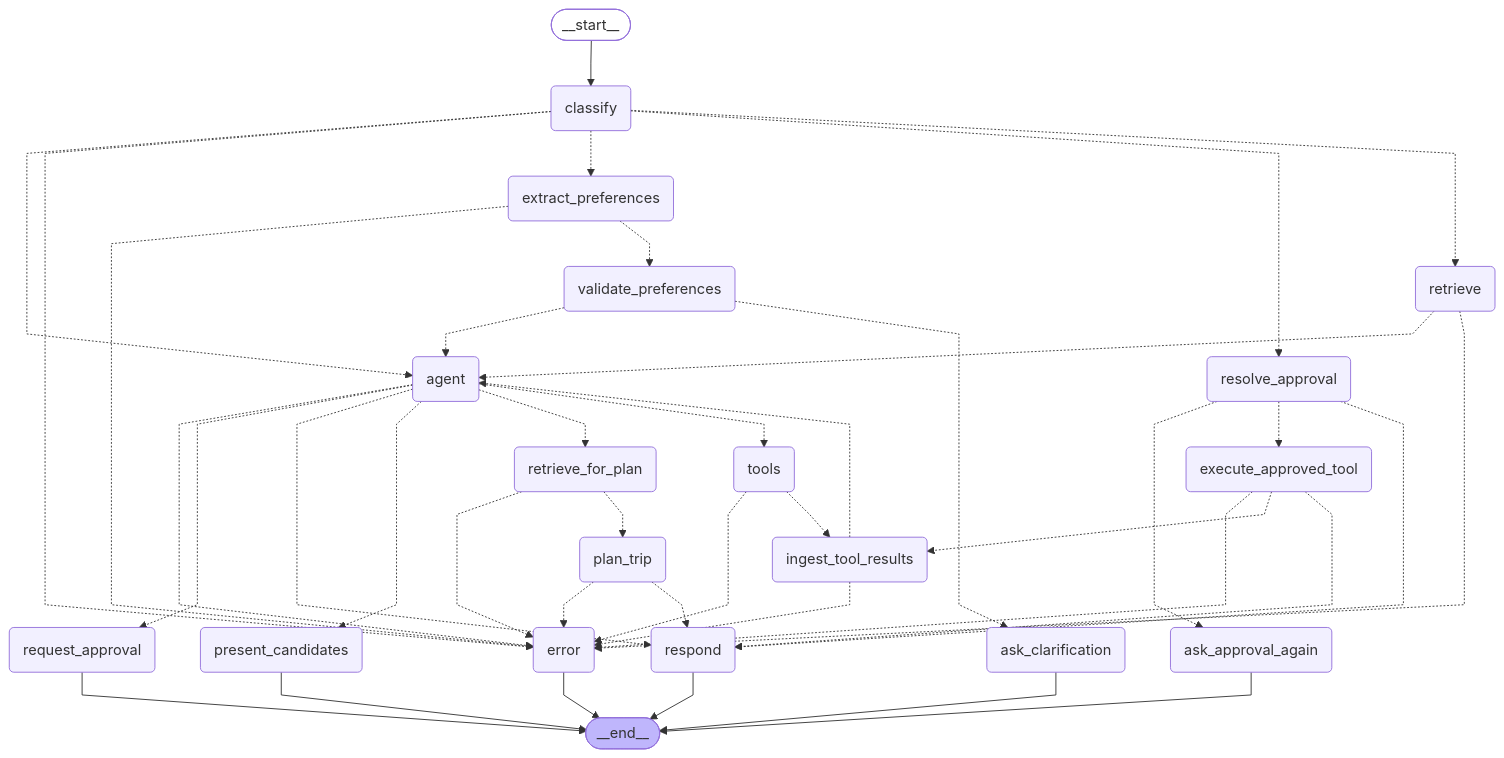
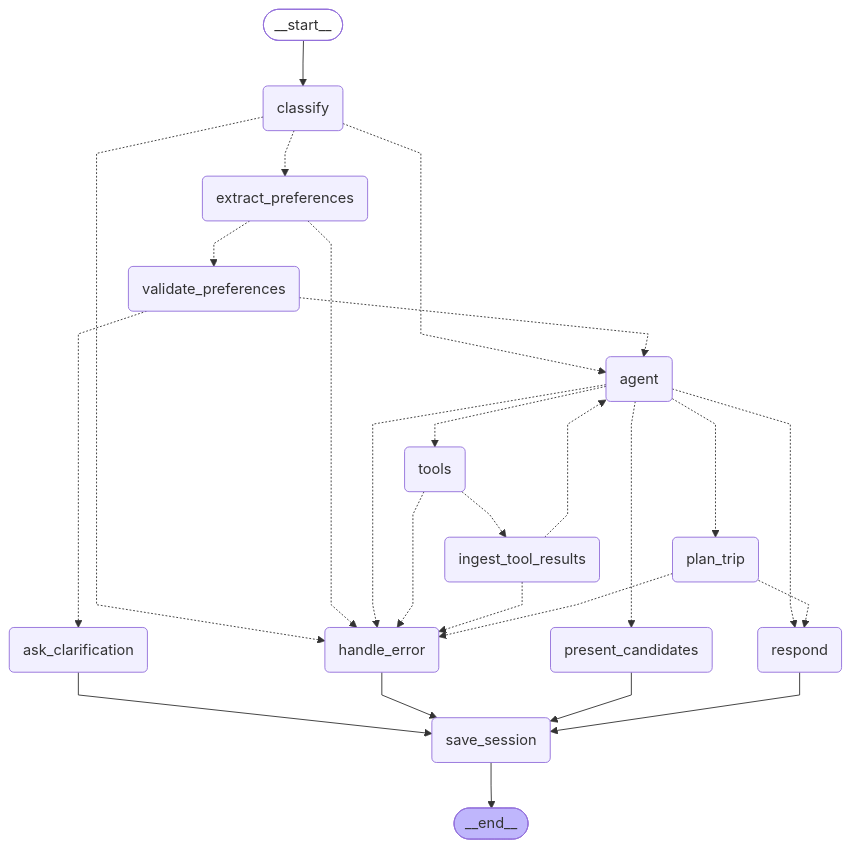
Before and after one commit to KDJ0899/test: the diagram in docs/graph.mmd, drawn with Mermaid. The commit also changed 34 other files, not shown here.

```diff
--- a/docs/graph.mmd
+++ b/docs/graph.mmd
@@ -1,66 +1,43 @@
----
-config:
-  flowchart:
-    curve: linear
----
+%%{init: {'flowchart': {'curve': 'linear'}}}%%
 graph TD;
 	__start__([<p>__start__</p>]):::first
 	classify(classify)
 	extract_preferences(extract_preferences)
 	validate_preferences(validate_preferences)
 	ask_clarification(ask_clarification)
-	retrieve(retrieve)
-	retrieve_for_plan(retrieve_for_plan)
-	present_candidates(present_candidates)
 	agent(agent)
 	tools(tools)
 	ingest_tool_results(ingest_tool_results)
+	present_candidates(present_candidates)
 	plan_trip(plan_trip)
-	request_approval(request_approval)
-	resolve_approval(resolve_approval)
-	ask_approval_again(ask_approval_again)
-	execute_approved_tool(execute_approved_tool)
 	respond(respond)
-	error(error)
+	handle_error(handle_error)
+	save_session(save_session)
 	__end__([<p>__end__</p>]):::last
 	__start__ --> classify;
-	agent -.-> error;
-	agent -.-> request_approval;
+	ask_clarification --> save_session;
+	handle_error --> save_session;
+	present_candidates --> save_session;
+	respond --> save_session;
+	save_session --> __end__;
+	classify -.-> handle_error;
+	classify -.-> extract_preferences;
+	classify -.-> agent;
+	extract_preferences -.-> handle_error;
+	extract_preferences -.-> validate_preferences;
+	validate_preferences -.-> ask_clarification;
+	validate_preferences -.-> agent;
+	agent -.-> handle_error;
+	agent -.-> tools;
+	agent -.-> present_candidates;
+	agent -.-> plan_trip;
 	agent -.-> respond;
-	agent -.-> present_candidates;
-	agent -.-> retrieve_for_plan;
-	present_candidates --> __end__;
-	agent -.-> tools;
-	classify -.-> agent;
-	classify -.-> error;
-	classify -.-> extract_preferences;
-	classify -.-> resolve_approval;
-	classify -.-> retrieve;
-	execute_approved_tool -.-> error;
-	execute_approved_tool -.-> ingest_tool_results;
-	execute_approved_tool -.-> respond;
-	extract_preferences -.-> error;
-	extract_preferences -.-> validate_preferences;
+	tools -.-> handle_error;
+	tools -.-> ingest_tool_results;
+	ingest_tool_results -.-> handle_error;
 	ingest_tool_results -.-> agent;
-	ingest_tool_results -.-> error;
-	plan_trip -.-> error;
+	plan_trip -.-> handle_error;
 	plan_trip -.-> respond;
-	resolve_approval -.-> ask_approval_again;
-	resolve_approval -.-> execute_approved_tool;
-	resolve_approval -.-> respond;
-	retrieve -.-> agent;
-	retrieve -.-> error;
-	retrieve_for_plan -.-> error;
-	retrieve_for_plan -.-> plan_trip;
-	tools -.-> error;
-	tools -.-> ingest_tool_results;
-	validate_preferences -.-> agent;
-	validate_preferences -.-> ask_clarification;
-	ask_approval_again --> __end__;
-	ask_clarification --> __end__;
-	error --> __end__;
-	request_approval --> __end__;
-	respond --> __end__;
 	classDef default fill:#f2f0ff,line-height:1.2
 	classDef first fill-opacity:0
 	classDef last fill:#bfb6fc
```
